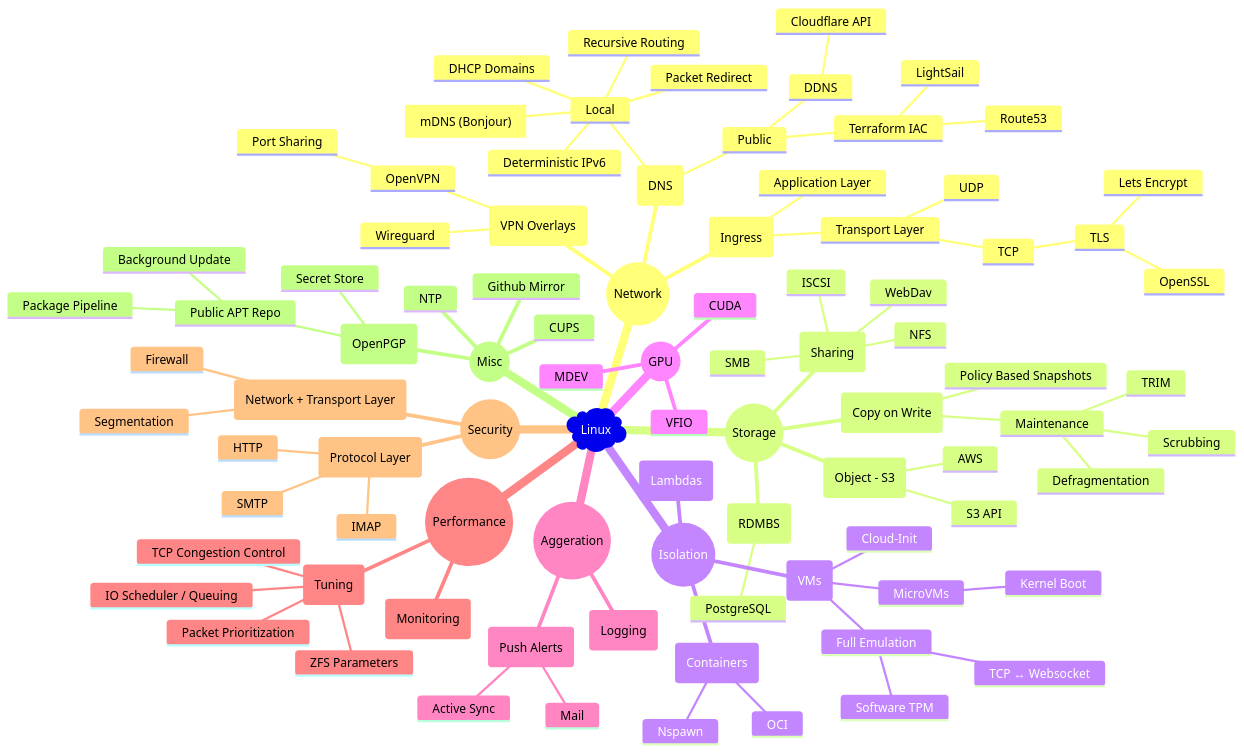
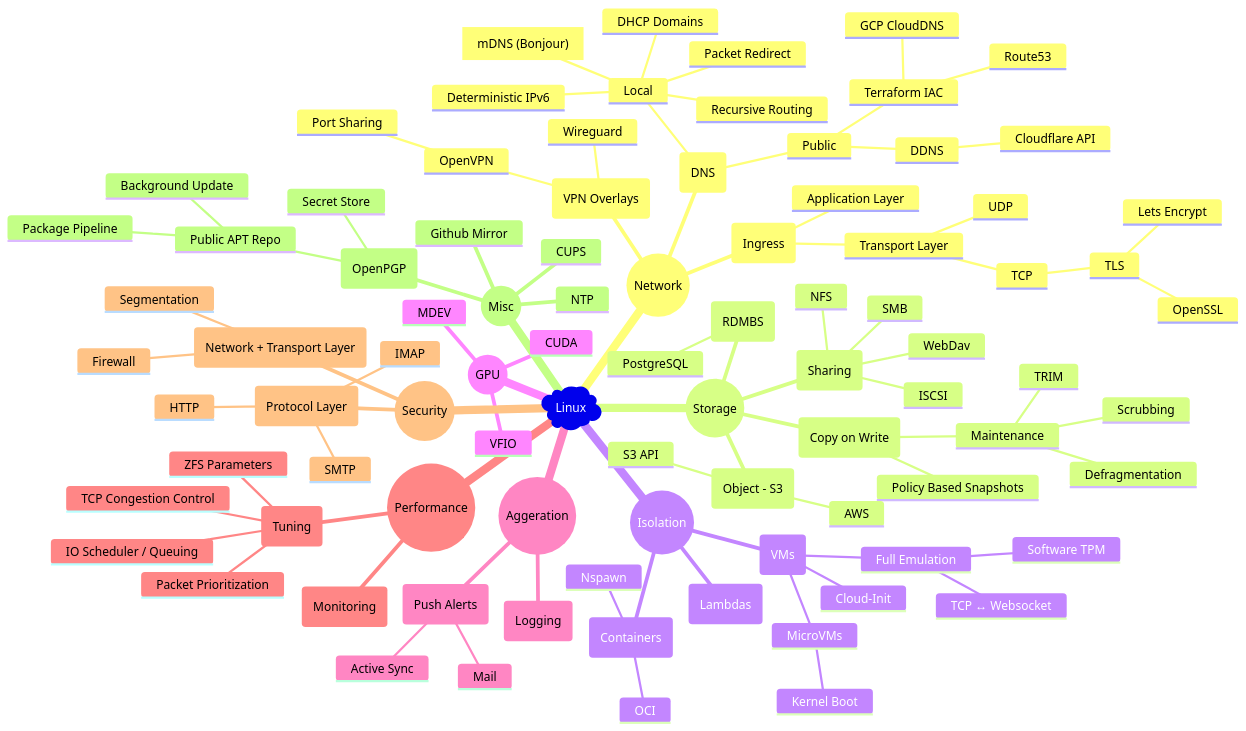
Before and after one commit to ms-jpq/lab: the first of 2 diagrams in doc/DESIGN.md, drawn with Mermaid. The commit also changed 9 other files, not shown here.

```diff
--- a/doc/DESIGN.md
+++ b/doc/DESIGN.md
@@ -32,7 +32,7 @@
             Cloudflare API
           Terraform IAC
             Route53
-            LightSail
+            GCP CloudDNS
       (VPN Overlays)
         OpenVPN
           Port Sharing
```
